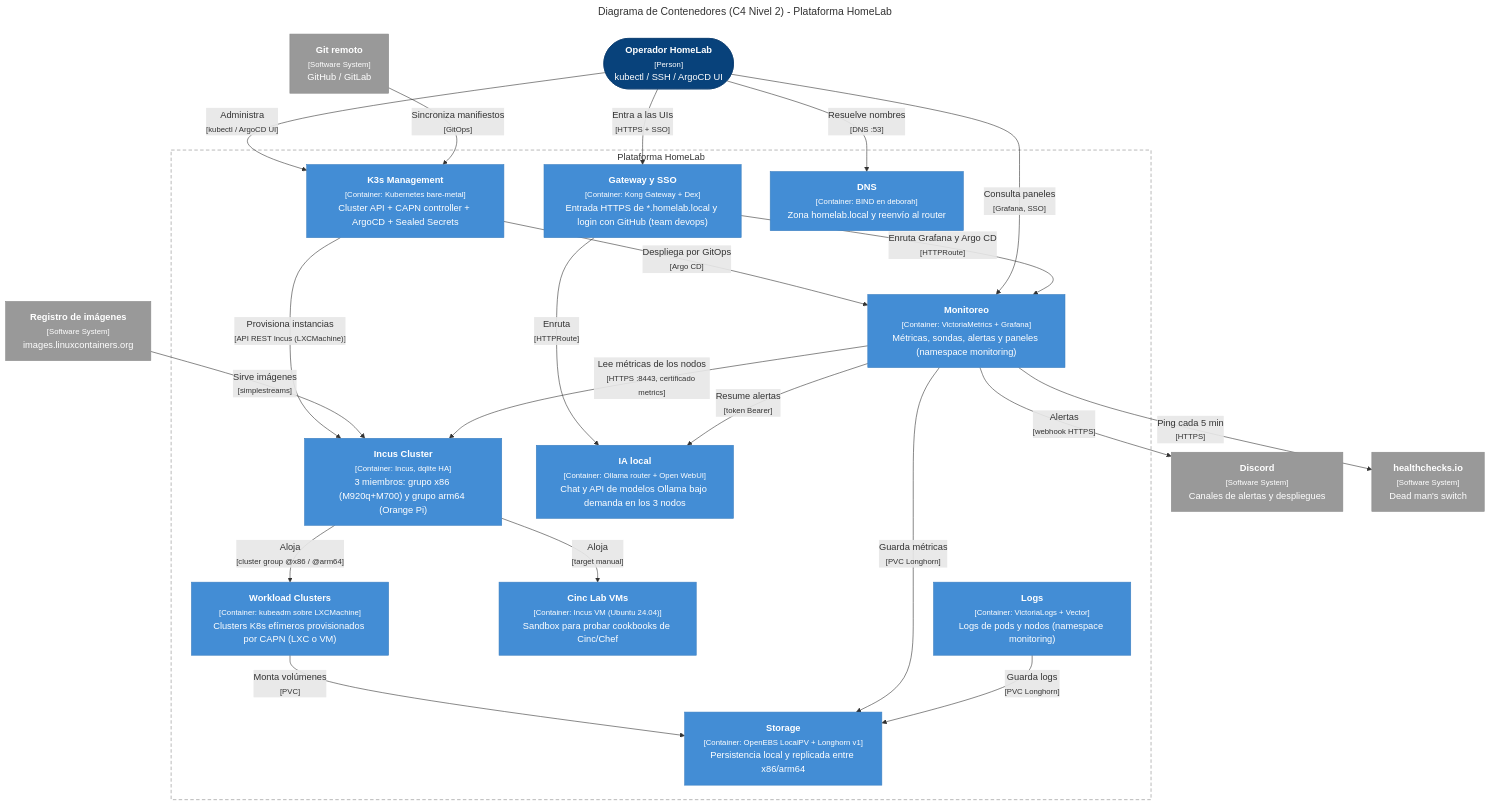
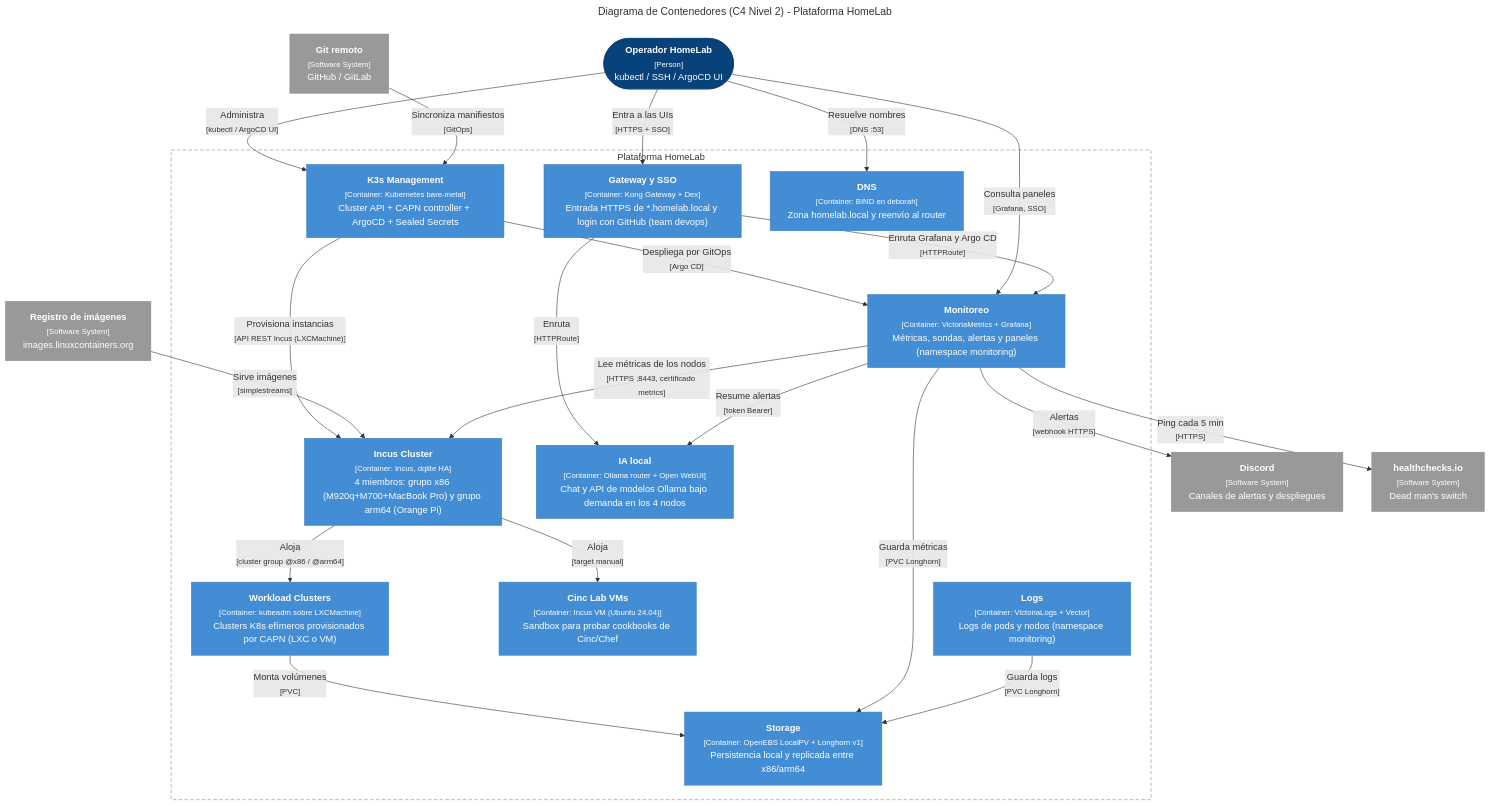
Before and after one commit to maceosoft/homelab: the second of 2 diagrams in docs/architecture/overview.en.md, drawn with Mermaid. The commit also changed other lines of this file and 161 other files, not shown here.

````diff
--- a/docs/architecture/overview.en.md
+++ b/docs/architecture/overview.en.md
@@ -80,56 +70,56 @@
 ```mermaid
 ---
 title: Diagrama de Contenedores (C4 Nivel 2) - Plataforma HomeLab
 config:
   flowchart:
     wrappingWidth: 280
 ---
 flowchart TB
     operador(["<span style='color:#fff'><b>Operador HomeLab</b><br/><small>[Person]</small><br/>kubectl / SSH / ArgoCD UI</span>"])
     subgraph homelab["Plataforma HomeLab"]
         k3s_mgmt["<span style='color:#fff'><b>K3s Management</b><br/><small>[Container: Kubernetes bare-metal]</small><br/>Cluster API + CAPN controller + ArgoCD + Sealed Secrets</span>"]
-        incus["<span style='color:#fff'><b>Incus Cluster</b><br/><small>[Container: Incus, dqlite HA]</small><br/>3 miembros: grupo x86 (M920q+M700) y grupo arm64 (Orange Pi)</span>"]
+        incus["<span style='color:#fff'><b>Incus Cluster</b><br/><small>[Container: Incus, dqlite HA]</small><br/>4 miembros: grupo x86 (M920q+M700+MacBook Pro) y grupo arm64 (Orange Pi)</span>"]
         workload["<span style='color:#fff'><b>Workload Clusters</b><br/><small>[Container: kubeadm sobre LXCMachine]</small><br/>Clusters K8s efímeros provisionados por CAPN (LXC o VM)</span>"]
         storage["<span style='color:#fff'><b>Storage</b><br/><small>[Container: OpenEBS LocalPV + Longhorn v1]</small><br/>Persistencia local y replicada entre x86/arm64</span>"]
         monitoreo["<span style='color:#fff'><b>Monitoreo</b><br/><small>[Container: VictoriaMetrics + Grafana]</small><br/>Métricas, sondas, alertas y paneles (namespace monitoring)</span>"]
         cinclab["<span style='color:#fff'><b>Cinc Lab VMs</b><br/><small>[Container: Incus VM (Ubuntu 24.04)]</small><br/>Sandbox para probar cookbooks de Cinc/Chef</span>"]
         acceso["<span style='color:#fff'><b>Gateway y SSO</b><br/><small>[Container: Kong Gateway + Dex]</small><br/>Entrada HTTPS de *.homelab.local y login con GitHub (team devops)</span>"]
-        ia["<span style='color:#fff'><b>IA local</b><br/><small>[Container: Ollama router + Open WebUI]</small><br/>Chat y API de modelos; Ollama bajo demanda en los 3 nodos</span>"]
+        ia["<span style='color:#fff'><b>IA local</b><br/><small>[Container: Ollama router + Open WebUI]</small><br/>Chat y API de modelos; Ollama bajo demanda en los 4 nodos</span>"]
         logs["<span style='color:#fff'><b>Logs</b><br/><small>[Container: VictoriaLogs + Vector]</small><br/>Logs de pods y nodos (namespace monitoring)</span>"]
         dns["<span style='color:#fff'><b>DNS</b><br/><small>[Container: BIND en deborah]</small><br/>Zona homelab.local y reenvío al router</span>"]
     end
     git["<span style='color:#fff'><b>Git remoto</b><br/><small>[Software System]</small><br/>GitHub / GitLab</span>"]
     registro["<span style='color:#fff'><b>Registro de imágenes</b><br/><small>[Software System]</small><br/>images.linuxcontainers.org</span>"]
     discord["<span style='color:#fff'><b>Discord</b><br/><small>[Software System]</small><br/>Canales de alertas y despliegues</span>"]
     healthchecks["<span style='color:#fff'><b>healthchecks.io</b><br/><small>[Software System]</small><br/>Dead man's switch</span>"]
 
     operador -->|"Administra<br/><small>[kubectl / ArgoCD UI]</small>"| k3s_mgmt
     git -->|"Sincroniza manifiestos<br/><small>[GitOps]</small>"| k3s_mgmt
     k3s_mgmt -->|"Provisiona instancias<br/><small>[API REST Incus (LXCMachine)]</small>"| incus
     registro -->|"Sirve imágenes<br/><small>[simplestreams]</small>"| incus
     incus -->|"Aloja<br/><small>[cluster group @x86 / @arm64]</small>"| workload
     incus -->|"Aloja<br/><small>[target manual]</small>"| cinclab
     workload -->|"Monta volúmenes<br/><small>[PVC]</small>"| storage
     k3s_mgmt -->|"Despliega por GitOps<br/><small>[Argo CD]</small>"| monitoreo
     monitoreo -->|"Lee métricas de los nodos<br/><small>[HTTPS :8443, certificado metrics]</small>"| incus
     monitoreo -->|"Guarda métricas<br/><small>[PVC Longhorn]</small>"| storage
     monitoreo -->|"Alertas<br/><small>[webhook HTTPS]</small>"| discord
     monitoreo -->|"Ping cada 5 min<br/><small>[HTTPS]</small>"| healthchecks
     operador -->|"Consulta paneles<br/><small>[Grafana, SSO]</small>"| monitoreo
     operador -->|"Resuelve nombres<br/><small>[DNS :53]</small>"| dns
     operador -->|"Entra a las UIs<br/><small>[HTTPS + SSO]</small>"| acceso
     acceso -->|"Enruta<br/><small>[HTTPRoute]</small>"| ia
     acceso -->|"Enruta Grafana y Argo CD<br/><small>[HTTPRoute]</small>"| monitoreo
     logs -->|"Guarda logs<br/><small>[PVC Longhorn]</small>"| storage
     monitoreo -->|"Resume alertas<br/><small>[token Bearer]</small>"| ia
 
     classDef person fill:#08427B,stroke:#073B6F,color:#fff
     classDef system fill:#1168BD,stroke:#0B4884,color:#fff
     classDef container fill:#438DD5,stroke:#3C7FC0,color:#fff
     classDef component fill:#85BBF0,stroke:#78A8D8,color:#000
     classDef external fill:#999999,stroke:#8A8A8A,color:#fff
     class operador person
     class k3s_mgmt,incus,workload,storage,monitoreo,cinclab,acceso,ia,logs,dns container
     class git,registro,discord,healthchecks external
     style homelab fill:none,stroke:#888,stroke-dasharray:6 4
 ```
````
